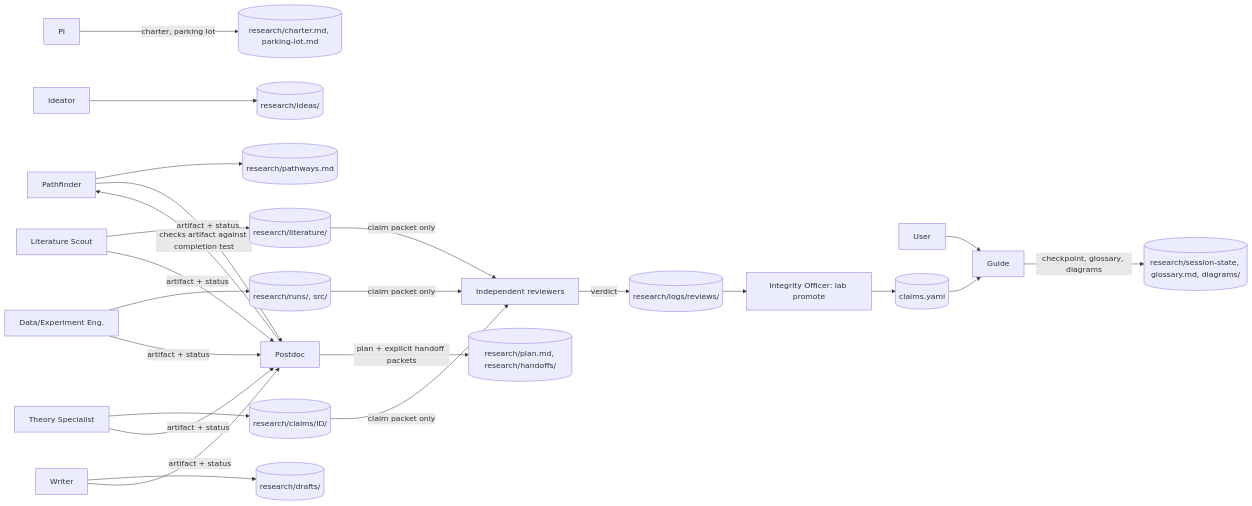
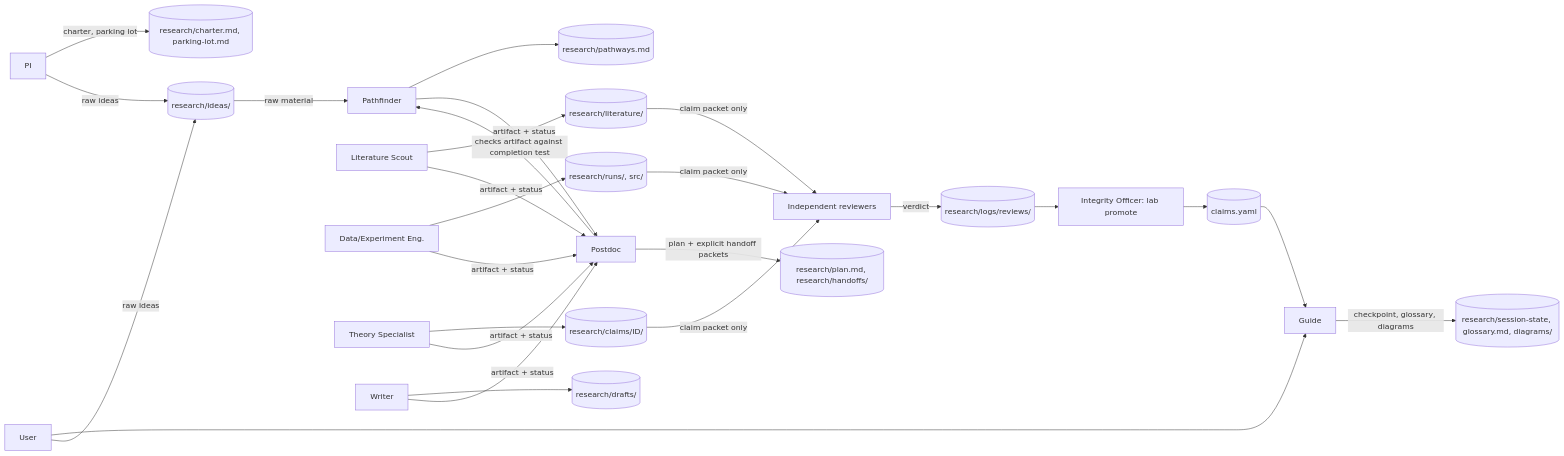
Before and after one commit to Showerss/WeSearch: the first of 4 diagrams in docs/diagrams.md, drawn with Mermaid. The commit also changed other lines of this file and 7 other files, not shown here.

First line of the commit message:
Remove the Ideator role; fold raw ideas into the Pathfinder

````diff
--- a/docs/diagrams.md
+++ b/docs/diagrams.md
@@ -4,20 +4,22 @@
 ```mermaid
 flowchart LR
   U[User] --> G[Guide]
   G -->|checkpoint, glossary, diagrams| F1[(research/session-state, glossary.md, diagrams/)]
   PI[PI] -->|charter, parking lot| F2[(research/charter.md, parking-lot.md)]
-  ID[Ideator] --> F3[(research/ideas/)]
+  PI -->|raw ideas| F3[(research/ideas/)]
+  U -->|raw ideas| F3
   PF[Pathfinder] --> F4[(research/pathways.md)]
+  F3 -->|raw material| PF
   PD[Postdoc] -->|plan + explicit handoff packets| F5[(research/plan.md, research/handoffs/)]
   PD -->|checks artifact against completion test| PF
   LS[Literature Scout] --> F6[(research/literature/)]
   DE[Data/Experiment Eng.] --> F7[(research/runs/, src/)]
   TS[Theory Specialist] --> F8[(research/claims/ID/)]
   W[Writer] --> F9[(research/drafts/)]
   PF & LS & DE & TS & W -->|artifact + status| PD
   F6 & F7 & F8 -->|claim packet only| REV[Independent reviewers]
   REV -->|verdict| F10[(research/logs/reviews/)]
   F10 --> IO[Integrity Officer: lab promote]
   IO --> CL[(claims.yaml)]
   CL --> G
 ```
````
